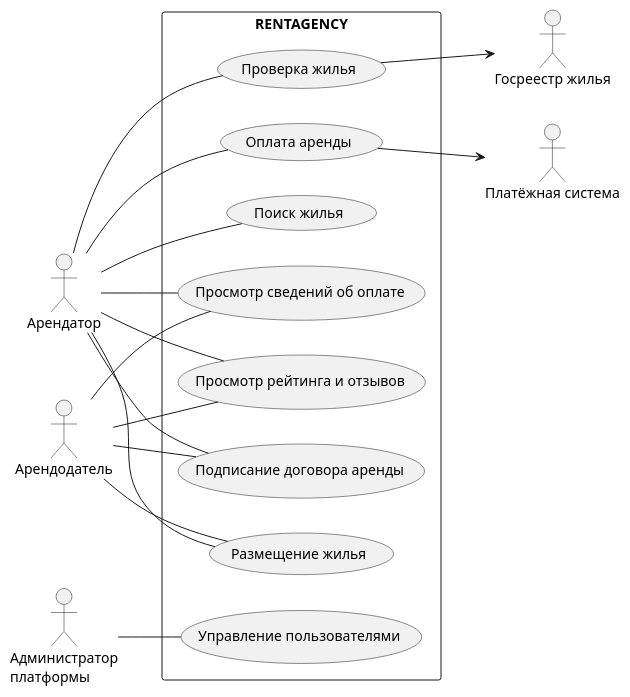
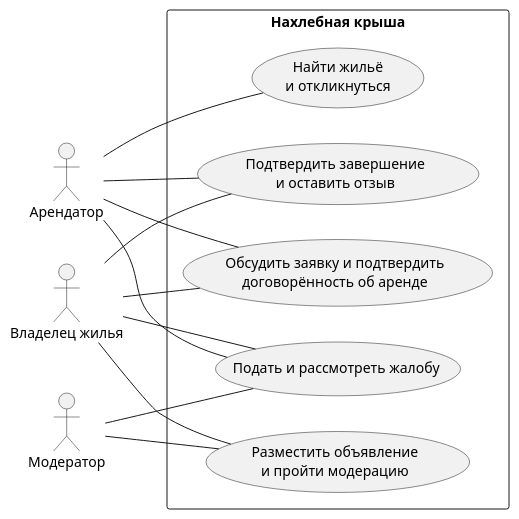
One commit to penamarth/bsbo-10-24_team1_var8_rentagency changed the diagram in Диаграмма-прецедентов.md. Above: the diagram before and after it, drawn with PlantUML. The commit also changed other lines of this file and 10 other files, not shown here.

````diff
--- a/Диаграмма-прецедентов.md
+++ b/Диаграмма-прецедентов.md
@@ -3,42 +3,30 @@
 ```plantuml
 @startuml
-skinparam packageStyle rect
 left to right direction
 
 actor "Арендатор" as Tenant
-actor "Арендодатель" as Landlord
-actor "Администратор\nплатформы" as Admin
+actor "Владелец жилья" as Owner
+actor "Модератор" as Moderator
 
-package "RENTAGENCY" {
-  usecase "Поиск жилья" as SearchHousing
-  usecase "Подписание договора аренды" as SignLease
-  usecase "Размещение жилья" as ContactParty
-  usecase "Оплата аренды" as PayRent
-  usecase "Просмотр рейтинга и отзывов" as ViewReviews
-  usecase "Проверка жилья" as VerifyHousing
-  usecase "Управление пользователями" as ManageUsers
-  usecase "Просмотр сведений об оплате" as ViewPaymentDetails
+rectangle "Нахлебная крыша" {
+  usecase "Разместить объявление\nи пройти модерацию" as Listing
+  usecase "Найти жильё\nи откликнуться" as SearchApply
+  usecase "Обсудить заявку и подтвердить\nдоговорённость об аренде" as ArrangeRental
+  usecase "Подтвердить завершение\nи оставить отзыв" as CloseRental
+  usecase "Подать и рассмотреть жалобу" as Complaint
 }
 
-Tenant -- SearchHousing
-Tenant -- SignLease
-Tenant -- VerifyHousing
-Tenant -- PayRent
-Tenant -- ViewReviews
-Tenant -- ContactParty
-Tenant -- ViewPaymentDetails
+Tenant -- SearchApply
+Tenant -- ArrangeRental
+Tenant -- CloseRental
+Tenant -- Complaint
 
-Landlord -- SignLease
-Landlord -- ContactParty
-Landlord -- ViewReviews
-Landlord -- ViewPaymentDetails
+Owner -- Listing
+Owner -- ArrangeRental
+Owner -- CloseRental
+Owner -- Complaint
 
-Admin -- ManageUsers
-
-actor "Платёжная система" as PaymentSystem
-actor "Госреестр жилья" as HousingRegistry
-
-(PayRent) --> :PaymentSystem:
-(VerifyHousing) --> :HousingRegistry:
+Moderator -- Listing
+Moderator -- Complaint
 @enduml
 ```
````
